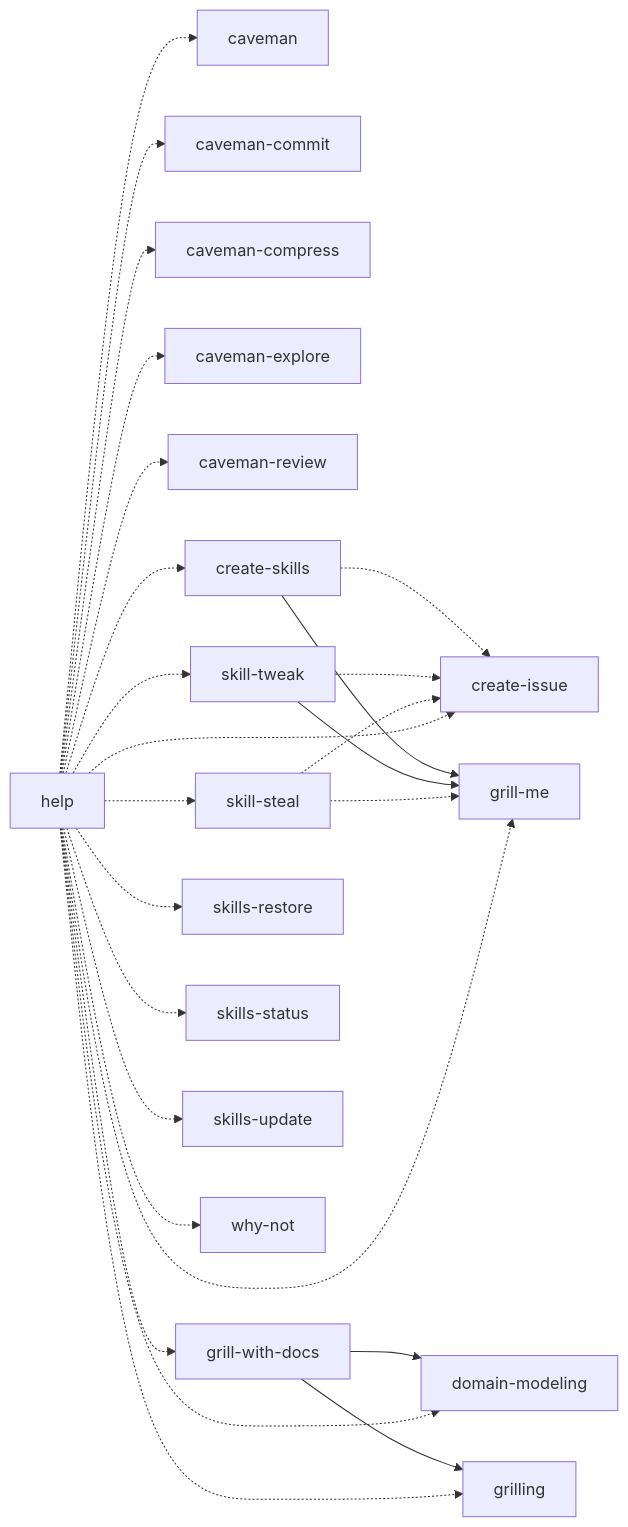
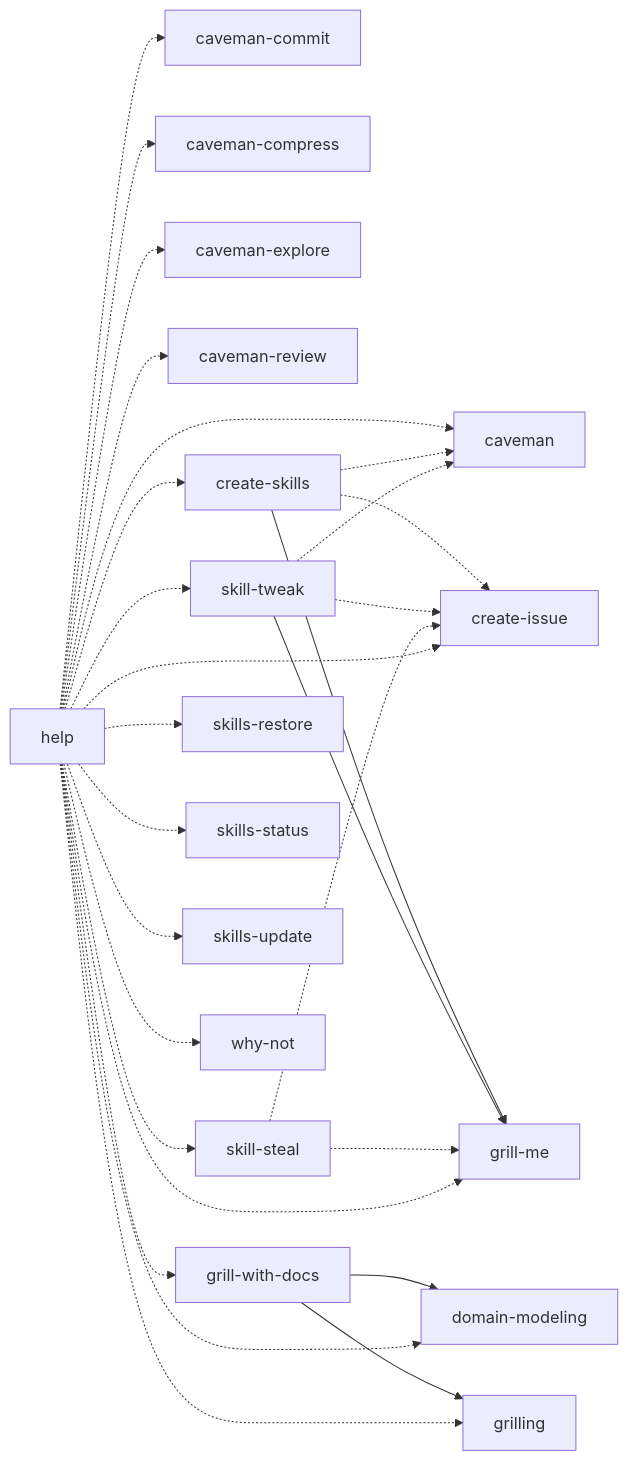
One commit to AndrewGodlewsky/andrew-skills changed the diagram in docs/skill-map/map.md. Above: the diagram before and after it, drawn with Mermaid. The commit also changed other lines of this file and 21 other files, not shown here.

````diff
--- a/docs/skill-map/map.md
+++ b/docs/skill-map/map.md
@@ -8,46 +8,48 @@
 ```mermaid
 flowchart LR
   n0["caveman"]
   n1["caveman-commit"]
   n2["caveman-compress"]
   n3["caveman-explore"]
   n4["caveman-review"]
   n5["create-issue"]
   n6["create-skills"]
   n7["domain-modeling"]
   n8["grill-me"]
   n9["grill-with-docs"]
   n10["grilling"]
   n11["help"]
   n12["skill-steal"]
   n13["skill-tweak"]
   n14["skills-restore"]
   n15["skills-status"]
   n16["skills-update"]
   n17["why-not"]
   n6 --> n8
   n6 -.-> n5
   n13 --> n8
   n13 -.-> n5
   n12 -.-> n8
   n12 -.-> n5
   n9 --> n10
   n9 --> n7
   n11 -.-> n0
   n11 -.-> n1
   n11 -.-> n2
   n11 -.-> n3
   n11 -.-> n4
   n11 -.-> n5
   n11 -.-> n6
   n11 -.-> n7
   n11 -.-> n8
   n11 -.-> n9
   n11 -.-> n10
   n11 -.-> n12
   n11 -.-> n13
   n11 -.-> n14
   n11 -.-> n15
   n11 -.-> n16
   n11 -.-> n17
+  n6 -.-> n0
+  n13 -.-> n0
 ```
````
